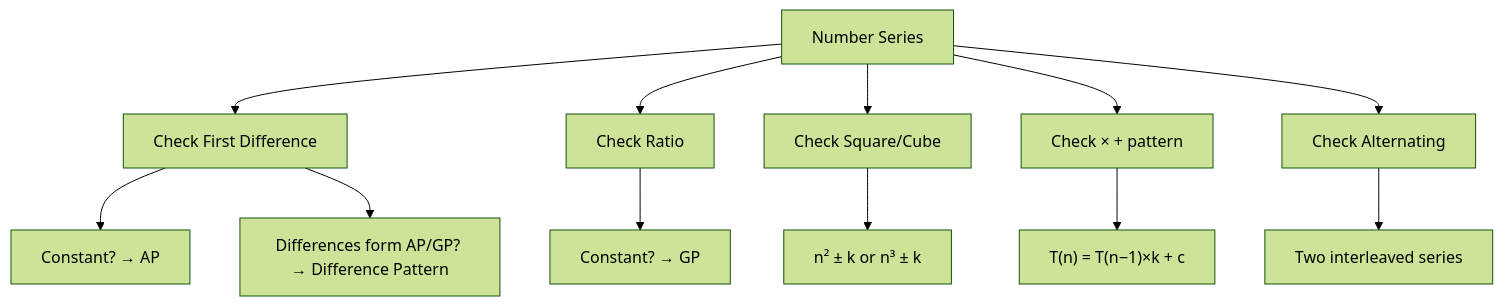
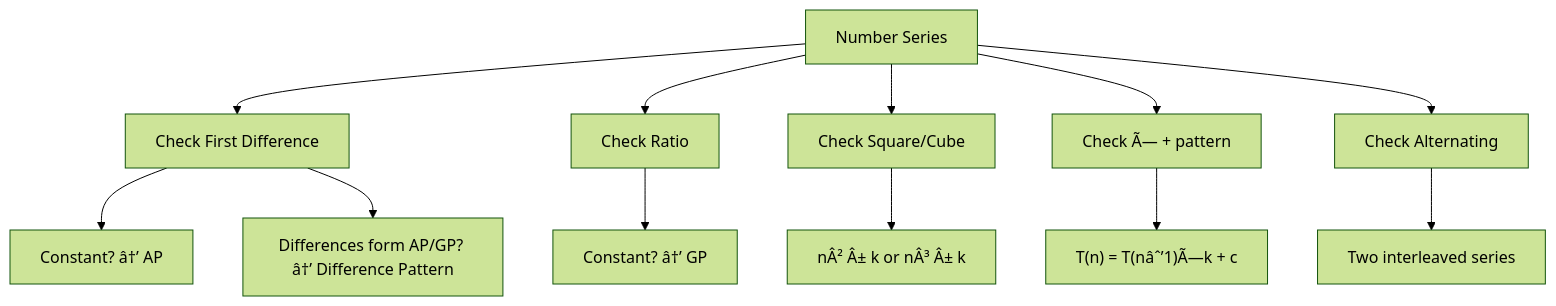
Before and after one commit to Raushan666java/ai-engineering-journey: the fifth of 6 diagrams in docs/courses/quantitative-aptitude/04-number-series.md, drawn with Mermaid (forest theme). The commit also changed other lines of this file and 735 other files, not shown here.

````diff
--- a/docs/courses/quantitative-aptitude/04-number-series.md
+++ b/docs/courses/quantitative-aptitude/04-number-series.md
@@ -1080,14 +1080,14 @@
 ```mermaid
 flowchart TD
     A["Number Series"] --> B["Check First Difference"]
     A --> C["Check Ratio"]
     A --> D["Check Square/Cube"]
-    A --> E["Check × + pattern"]
+    A --> E["Check Ã— + pattern"]
     A --> F["Check Alternating"]
-    B --> G["Constant? → AP"]
-    B --> H["Differences form AP/GP? → Difference Pattern"]
-    C --> I["Constant? → GP"]
-    D --> J["n² ± k or n³ ± k"]
-    E --> K["T(n) = T(n−1)×k + c"]
+    B --> G["Constant? â†’ AP"]
+    B --> H["Differences form AP/GP? â†’ Difference Pattern"]
+    C --> I["Constant? â†’ GP"]
+    D --> J["nÂ² Â± k or nÂ³ Â± k"]
+    E --> K["T(n) = T(nâˆ’1)Ã—k + c"]
     F --> L["Two interleaved series"]
 ```
````
